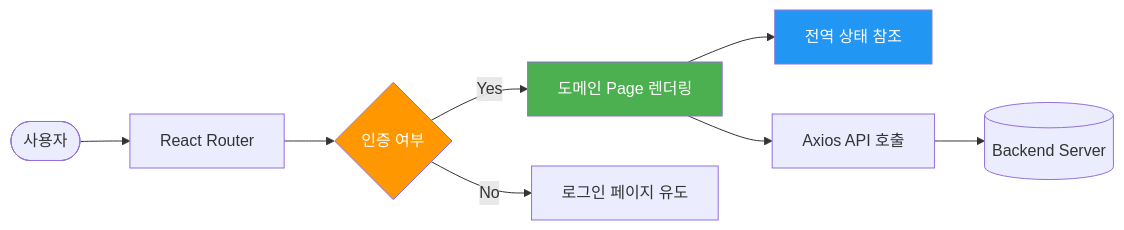
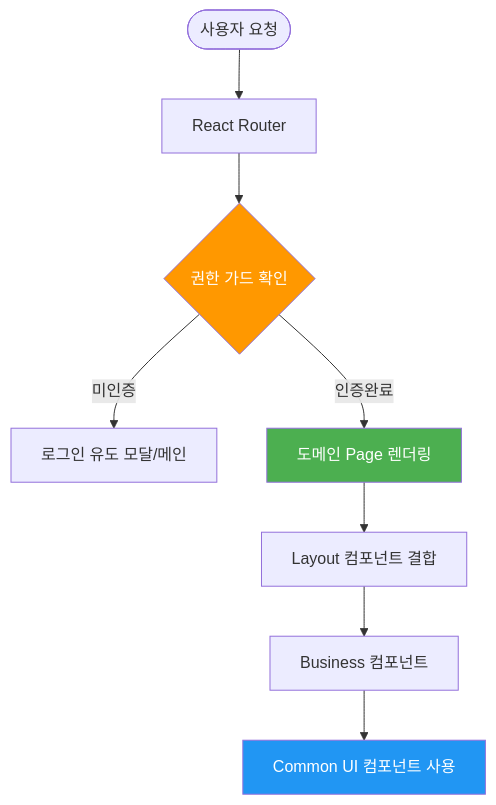
One commit to KJH-Portfolio/202602-Environmenta-Organization changed the diagram in react_structure.md. Above: the diagram before and after it, drawn with Mermaid. The commit also changed other lines of this file and 4 other files, not shown here.

````diff
--- a/react_structure.md
+++ b/react_structure.md
@@ -72,15 +117,15 @@
 ```mermaid
-graph LR
-    USER([사용자]) --> ROUTER[React Router]
-    ROUTER --> GUARD{인증 여부}
-    GUARD -- "Yes" --> PAGE[도메인 Page 렌더링]
-    GUARD -- "No" --> LOGIN[로그인 페이지 유도]
+graph TD
+    USER([사용자 요청]) --> ROUTER[React Router]
+    ROUTER --> GUARD{권한 가드 확인}
+    GUARD -- "미인증" --> MODAL[로그인 유도 모달/메인]
+    GUARD -- "인증완료" --> PAGE[도메인 Page 렌더링]
     
-    PAGE --> CONTEXT[전역 상태 참조]
-    PAGE --> API[Axios API 호출]
-    API --> SERVER[(Backend Server)]
+    PAGE --> LAYOUT[Layout 컴포넌트 결합]
+    LAYOUT --> CONTENT[Business 컴포넌트]
+    CONTENT --> COMMON[Common UI 컴포넌트 사용]
     
     style GUARD fill:#FF9800,color:#fff
     style PAGE fill:#4CAF50,color:#fff
-    style CONTEXT fill:#2196F3,color:#fff
+    style COMMON fill:#2196F3,color:#fff
 ```
````
